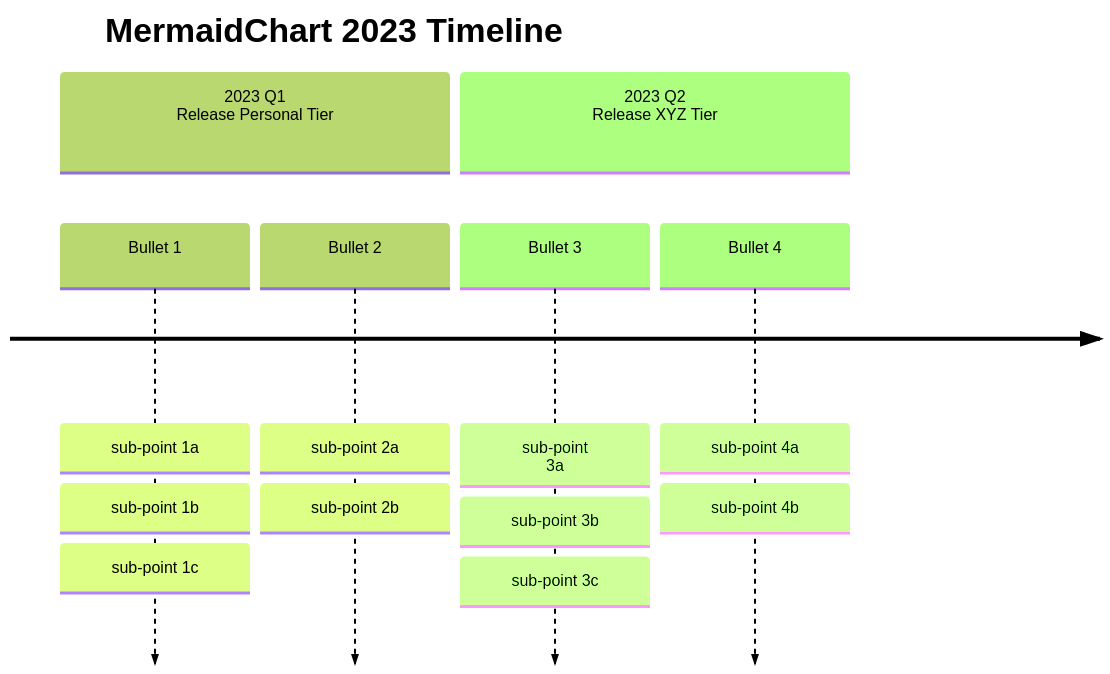
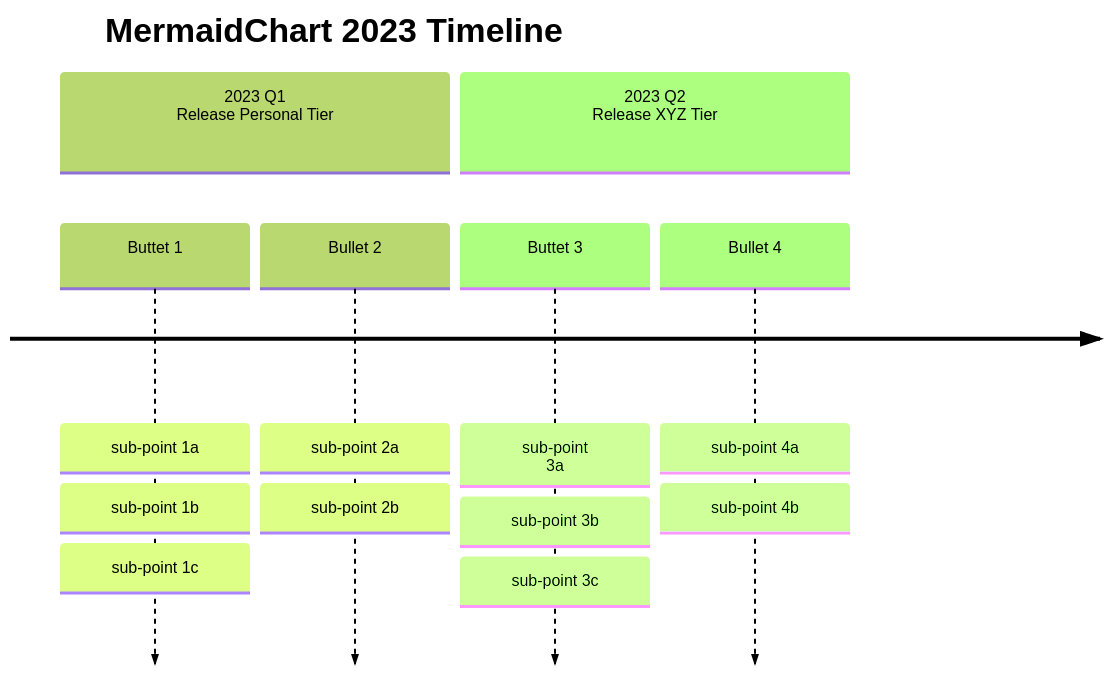
One commit to data-intuitive/mermaid-demos-in-quarto changed the fifth of 13 diagrams in syntax/timeline.qmd. Above: the diagram before and after it, drawn with Mermaid (forest theme). The commit also changed other lines of this file and 13 other files, not shown here.

Commit message:
update for quarto 1.5.54 and mermaid 10.2.4

````diff
--- a/syntax/timeline.qmd
+++ b/syntax/timeline.qmd
@@ -111,12 +111,12 @@
 ```{mermaid}
 timeline
         title MermaidChart 2023 Timeline
         section 2023 Q1 <br> Release Personal Tier
-          Bullet 1 : sub-point 1a : sub-point 1b
+          Buttet 1 : sub-point 1a : sub-point 1b
                : sub-point 1c
           Bullet 2 : sub-point 2a : sub-point 2b
         section 2023 Q2 <br> Release XYZ Tier
-          Bullet 3 : sub-point <br> 3a : sub-point 3b
+          Buttet 3 : sub-point <br> 3a : sub-point 3b
                : sub-point 3c
           Bullet 4 : sub-point 4a : sub-point 4b
 ```
````
